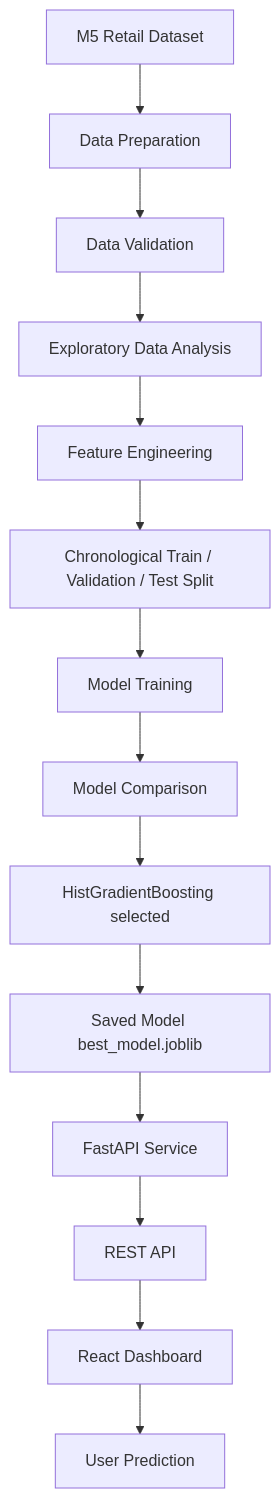
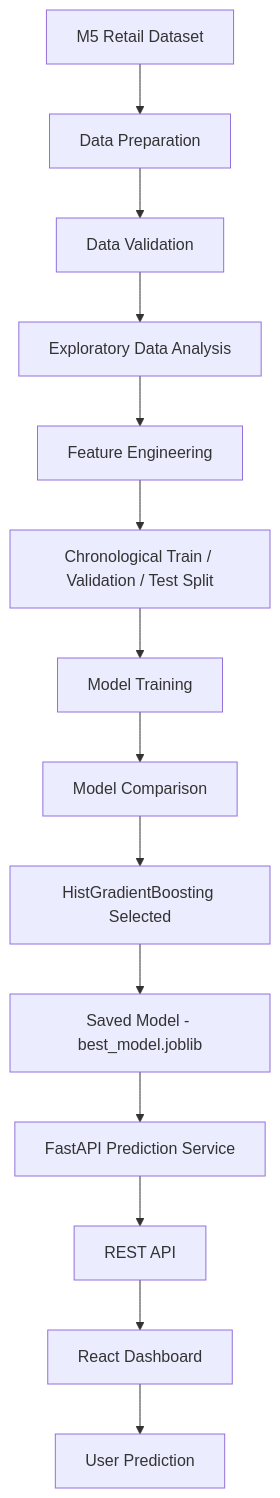
The diagram in README.md (tejjpandeyy/DemandAI), drawn with Mermaid before and after one commit. The commit also changed other lines of this file, not shown here.

````diff
--- a/README.md
+++ b/README.md
@@ -34,16 +123,16 @@
 ```mermaid
 flowchart TD
     A[M5 Retail Dataset] --> B[Data Preparation]
     B --> C[Data Validation]
     C --> D[Exploratory Data Analysis]
     D --> E[Feature Engineering]
     E --> F[Chronological Train / Validation / Test Split]
     F --> G[Model Training]
     G --> H[Model Comparison]
-    H --> I[HistGradientBoosting selected]
-    I --> J[Saved Model best_model.joblib]
-    J --> K[FastAPI Service]
+    H --> I[HistGradientBoosting Selected]
+    I --> J[Saved Model - best_model.joblib]
+    J --> K[FastAPI Prediction Service]
     K --> L[REST API]
     L --> M[React Dashboard]
     M --> N[User Prediction]
 ```
````
